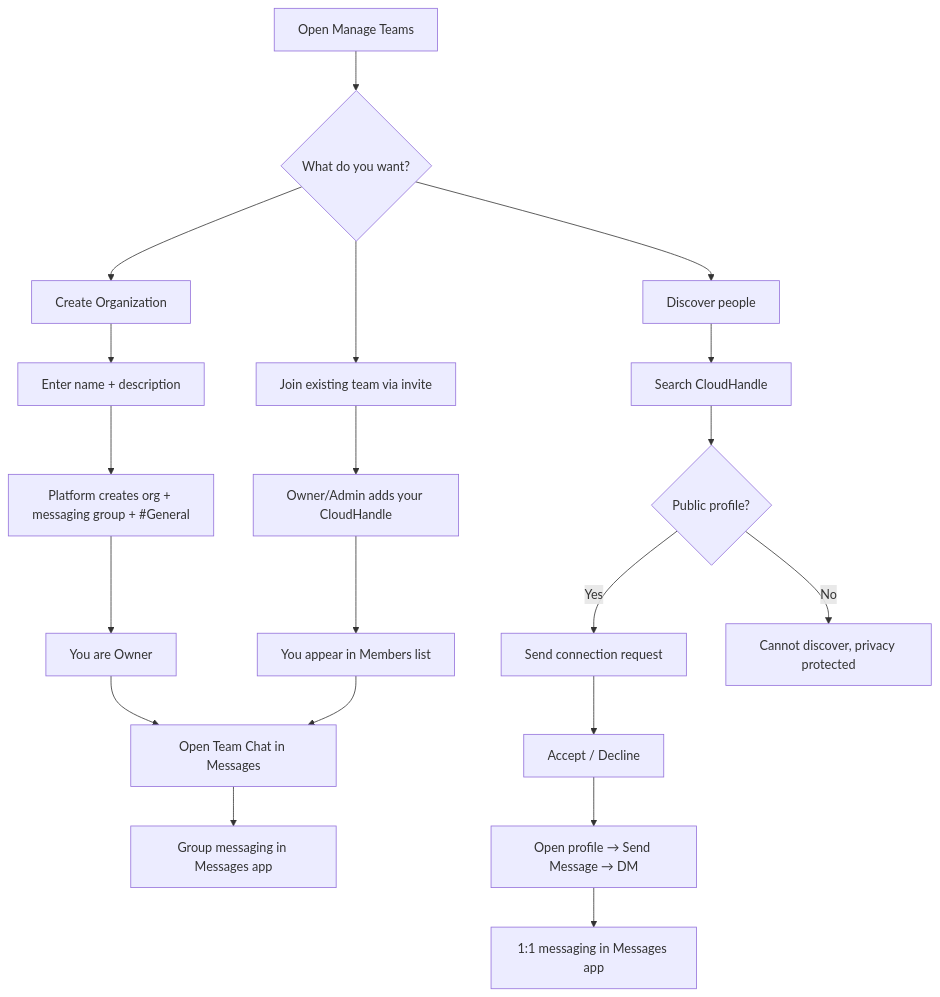
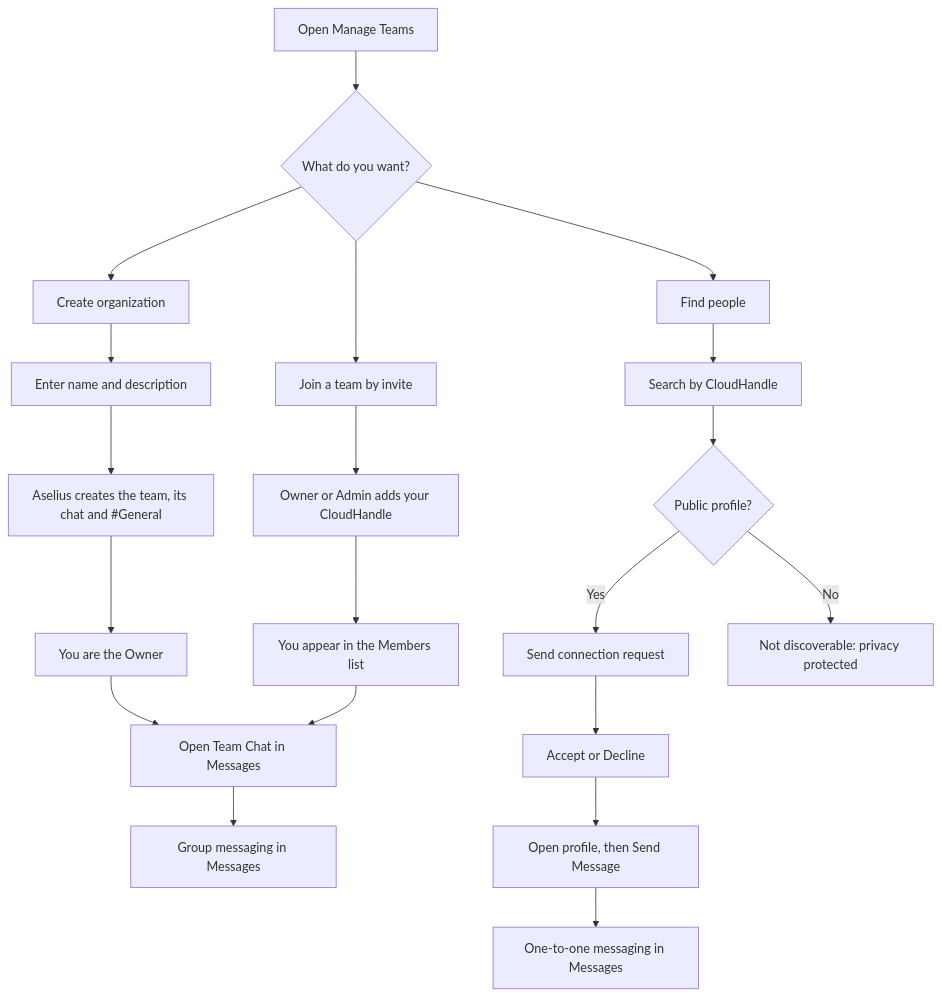
One commit to Beunec/beunec-site-staging changed the second of 2 diagrams in Aselius Platform Documentations/aselius-manage-teams-guide.md. Above: the diagram before and after it, drawn with Mermaid. The commit also changed other lines of this file and 99 other files, not shown here.

````diff
--- a/Aselius Platform Documentations/aselius-manage-teams-guide.md
+++ b/Aselius Platform Documentations/aselius-manage-teams-guide.md
@@ -110,27 +93,27 @@
 ```mermaid
 flowchart TD
     A[Open Manage Teams] --> B{What do you want?}
 
-    B --> C[Create Organization]
-    B --> D[Join existing team via invite]
-    B --> E[Discover people]
+    B --> C[Create organization]
+    B --> D[Join a team by invite]
+    B --> E[Find people]
 
-    C --> C1[Enter name + description]
-    C1 --> C2[Platform creates org + messaging group + #General]
-    C2 --> C3[You are Owner]
+    C --> C1[Enter name and description]
+    C1 --> C2[Aselius creates the team, its chat and #General]
+    C2 --> C3[You are the Owner]
     C3 --> F[Open Team Chat in Messages]
 
-    D --> D1[Owner/Admin adds your CloudHandle]
-    D1 --> D2[You appear in Members list]
+    D --> D1[Owner or Admin adds your CloudHandle]
+    D1 --> D2[You appear in the Members list]
     D2 --> F
 
-    E --> E1[Search CloudHandle]
+    E --> E1[Search by CloudHandle]
     E1 --> E2{Public profile?}
     E2 -->|Yes| E3[Send connection request]
-    E2 -->|No| E4[Cannot discover, privacy protected]
-    E3 --> E5[Accept / Decline]
-    E5 --> G[Open profile → Send Message → DM]
+    E2 -->|No| E4[Not discoverable: privacy protected]
+    E3 --> E5[Accept or Decline]
+    E5 --> G[Open profile, then Send Message]
 
-    F --> H[Group messaging in Messages app]
-    G --> I[1:1 messaging in Messages app]
+    F --> H[Group messaging in Messages]
+    G --> I[One-to-one messaging in Messages]
 ```
````
